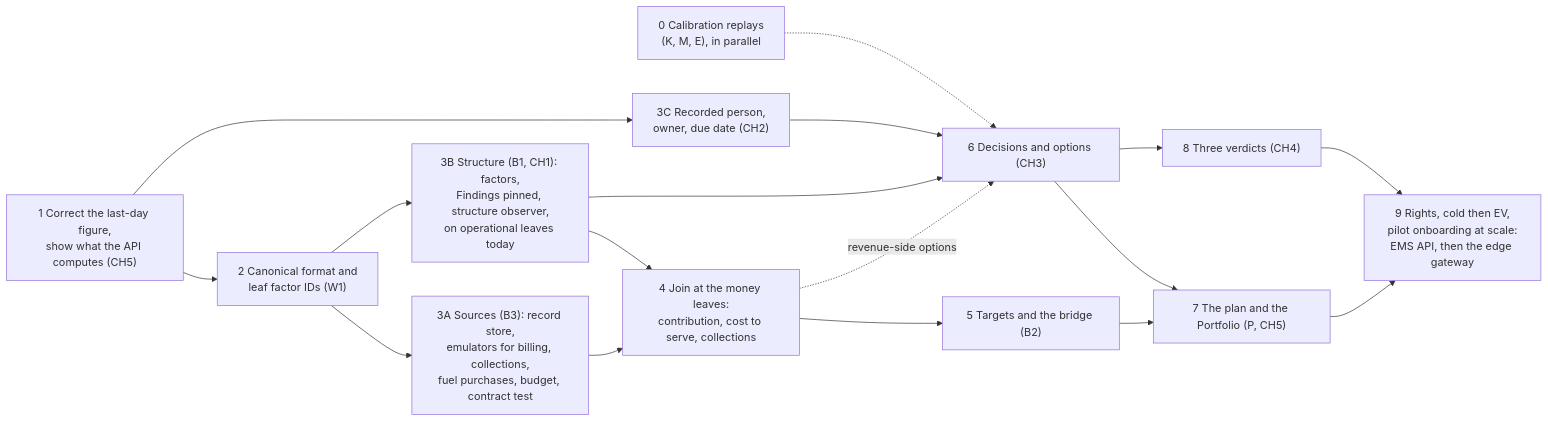
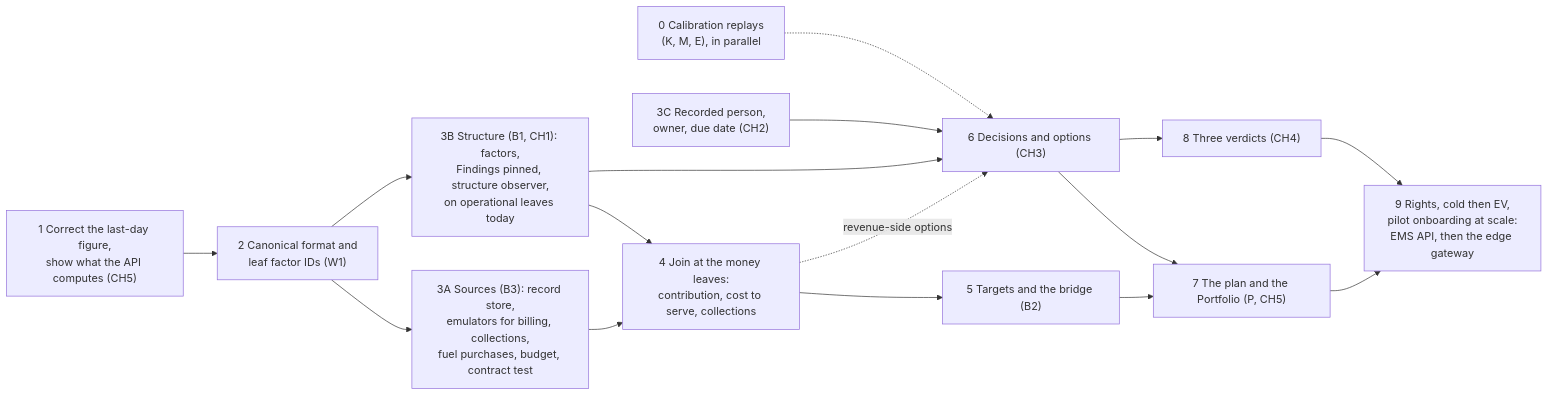
One commit to bineyame/AssetOpsV1 changed diagram 15 of 15 in Docs/demo-sprint/product-direction-layer4/layer4-transformation-design.md. Above: the diagram before and after it, drawn with Mermaid. The commit also changed other lines of this file and 21 other files, not shown here.

````diff
--- a/Docs/demo-sprint/product-direction-layer4/layer4-transformation-design.md
+++ b/Docs/demo-sprint/product-direction-layer4/layer4-transformation-design.md
@@ -784,20 +816,20 @@
 ```mermaid
 flowchart LR
   S0["0 Calibration replays<br/>(K, M, E), in parallel"]
   S1["1 Correct the last-day figure,<br/>show what the API computes (CH5)"] --> S2["2 Canonical format and<br/>leaf factor IDs (W1)"]
   S2 --> LA["3A Sources (B3): record store,<br/>emulators for billing, collections,<br/>fuel purchases, budget, contract test"]
   S2 --> LB["3B Structure (B1, CH1): factors,<br/>Findings pinned, structure observer,<br/>on operational leaves today"]
-  S1 --> PC["3C Recorded person,<br/>owner, due date (CH2)"]
+  PC["3C Recorded person,<br/>owner, due date (CH2)"]
   LA --> J["4 Join at the money leaves:<br/>contribution, cost to serve, collections"]
   LB --> J
   J --> T["5 Targets and the bridge (B2)"]
   LB --> D["6 Decisions and options (CH3)"]
   PC --> D
   J -. "revenue-side options" .-> D
   D --> P["7 The plan and the Portfolio (P, CH5)"]
   D --> V["8 Three verdicts (CH4)"]
   T --> P
   P --> R["9 Rights, cold then EV,<br/>pilot onboarding at scale:<br/>EMS API, then the edge gateway"]
   V --> R
   S0 -.-> D
 ```
````
